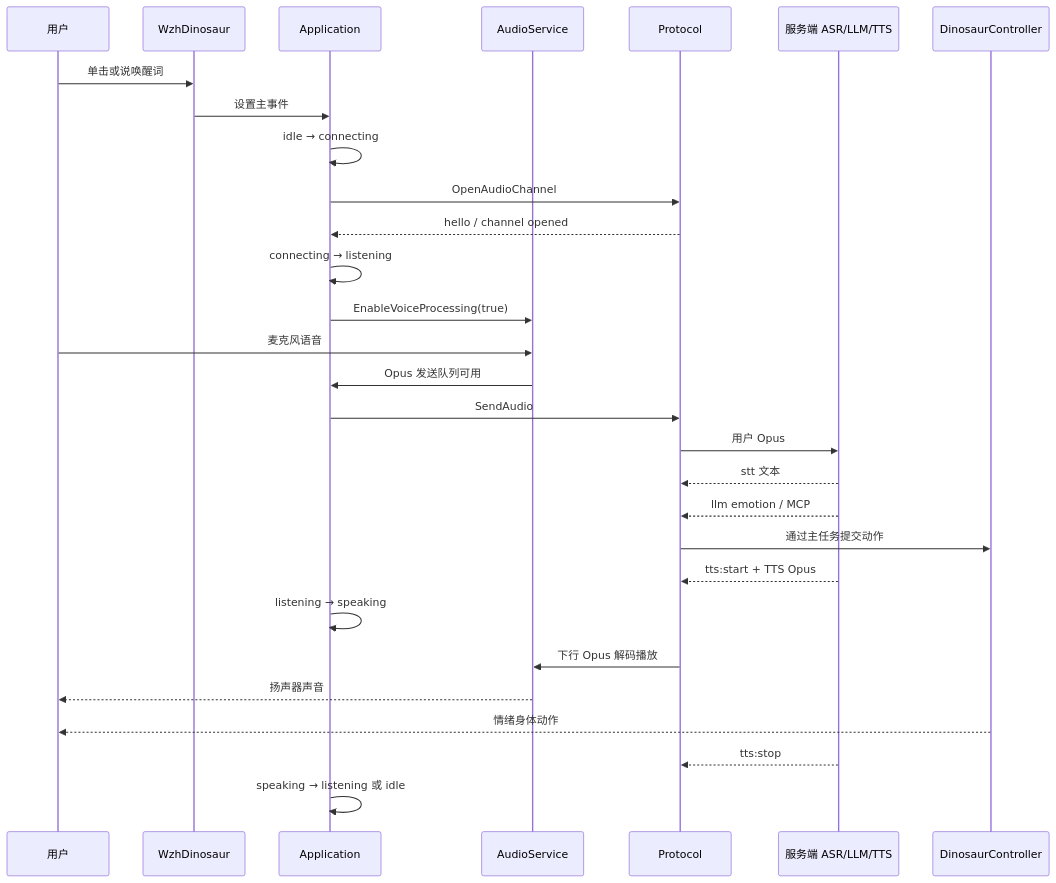
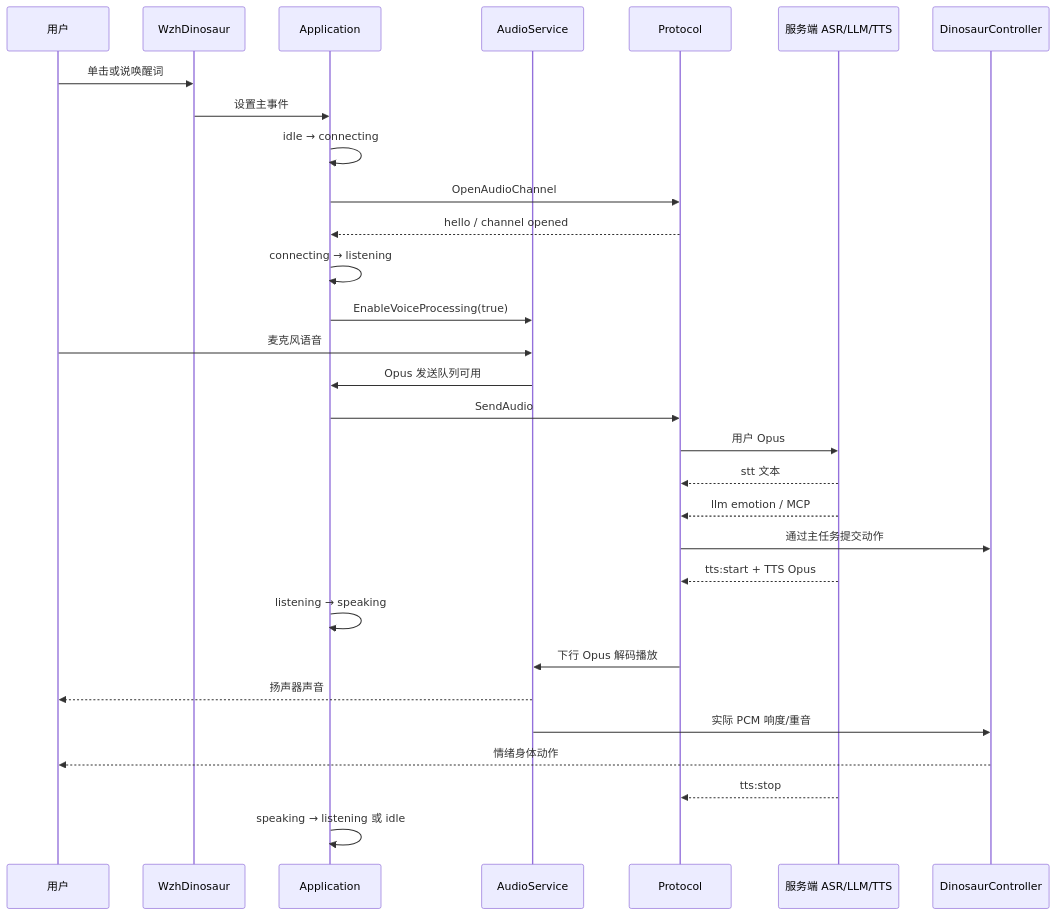
Before and after one commit to zylz-Project/xiaozhi_pro: the seventh of 8 diagrams in main/boards/wzh_dinosaur/XIAOZHI_RUNTIME.md, drawn with Mermaid. The commit also changed other lines of this file and 253 other files, not shown here.

````diff
--- a/main/boards/wzh_dinosaur/XIAOZHI_RUNTIME.md
+++ b/main/boards/wzh_dinosaur/XIAOZHI_RUNTIME.md
@@ -645,32 +742,33 @@
 ```mermaid
 sequenceDiagram
     participant U as 用户
     participant B as WzhDinosaur
     participant A as Application
     participant AS as AudioService
     participant P as Protocol
     participant S as 服务端 ASR/LLM/TTS
     participant D as DinosaurController
 
     U->>B: 单击或说唤醒词
     B->>A: 设置主事件
     A->>A: idle → connecting
     A->>P: OpenAudioChannel
     P-->>A: hello / channel opened
     A->>A: connecting → listening
     A->>AS: EnableVoiceProcessing(true)
     U->>AS: 麦克风语音
     AS->>A: Opus 发送队列可用
     A->>P: SendAudio
     P->>S: 用户 Opus
     S-->>P: stt 文本
     S-->>P: llm emotion / MCP
     P->>D: 通过主任务提交动作
     S-->>P: tts:start + TTS Opus
     A->>A: listening → speaking
     P->>AS: 下行 Opus 解码播放
     AS-->>U: 扬声器声音
+    AS->>D: 实际 PCM 响度/重音
     D-->>U: 情绪身体动作
     S-->>P: tts:stop
     A->>A: speaking → listening 或 idle
 ```
````
